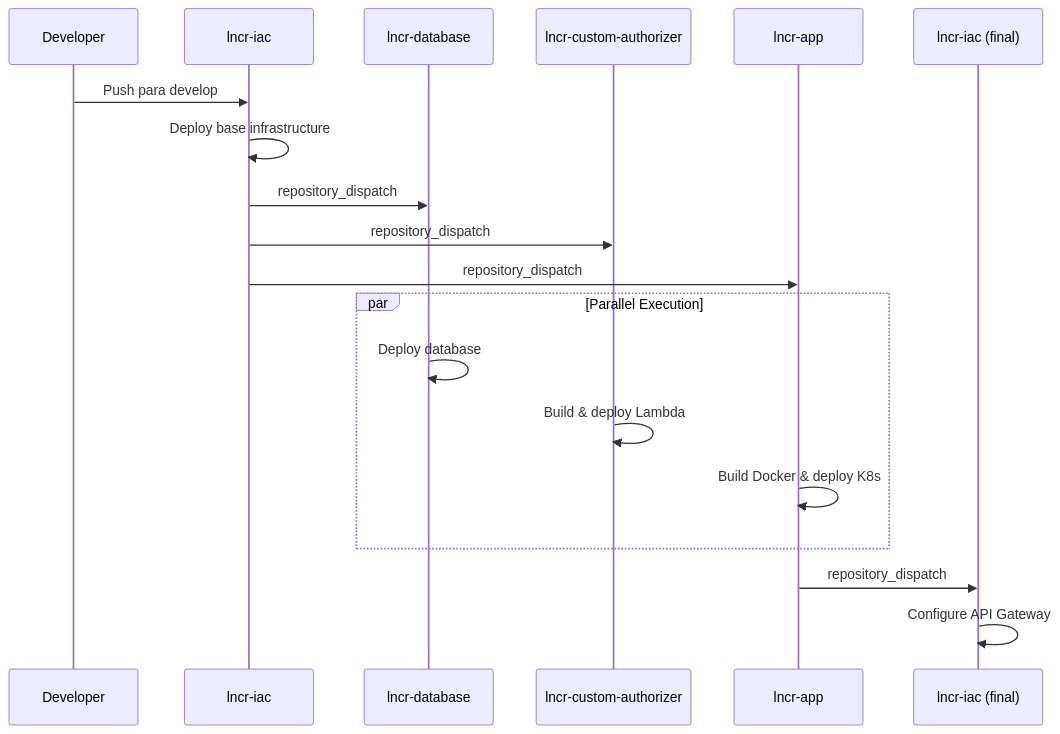
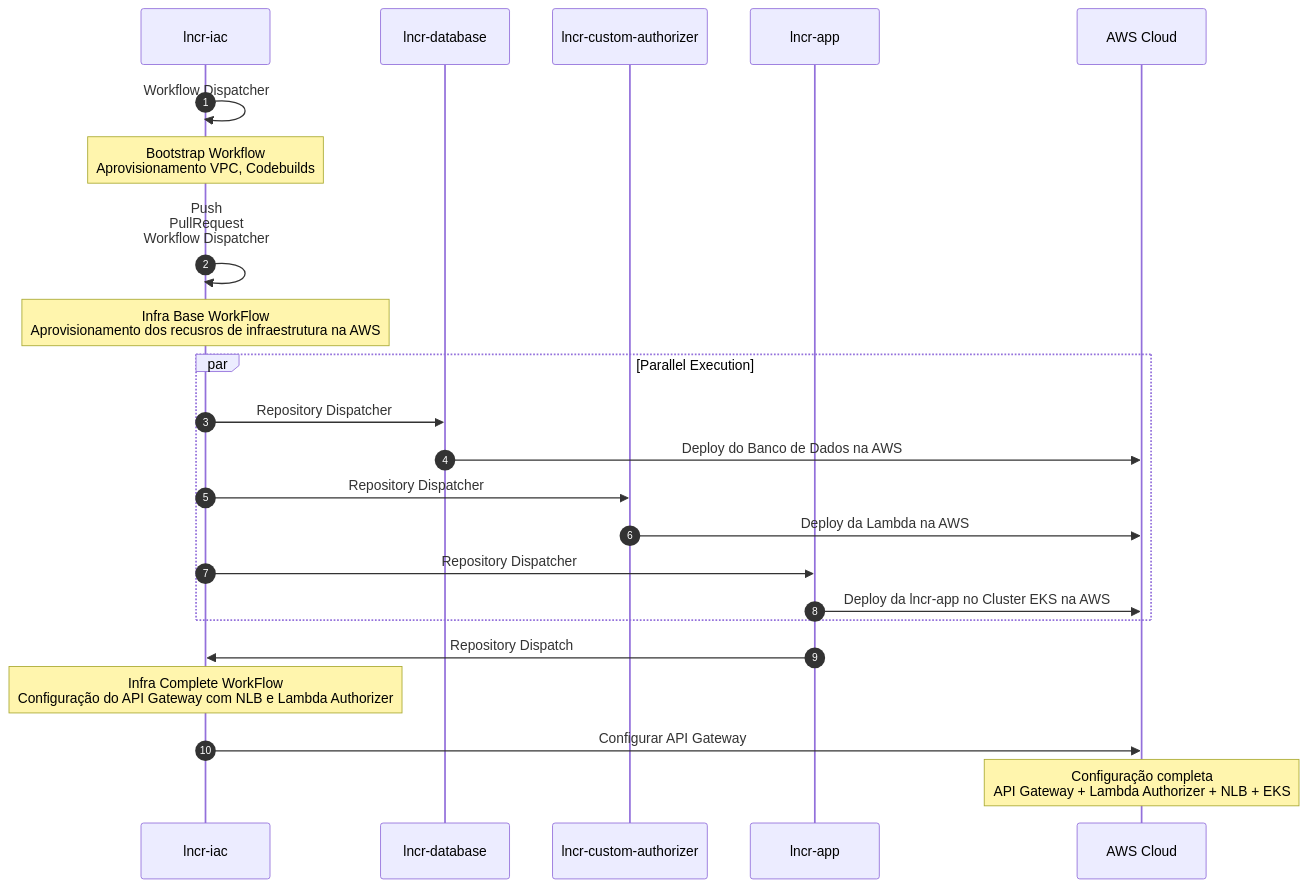
Before and after one commit to 11soat-f3-lanches-caieiras/.github: the diagram in profile/README.md, drawn with Mermaid.

Commit message:
Atualização do README.md

````diff
--- a/profile/README.md
+++ b/profile/README.md
@@ -189,24 +189,30 @@
 ```mermaid
 sequenceDiagram
-    participant Dev as Developer
-    participant IAC as lncr-iac
-    participant DB as lncr-database  
-    participant AUTH as lncr-custom-authorizer
-    participant APP as lncr-app
-    participant FINAL as lncr-iac (final)
+    participant lncr-iac as lncr-iac
+    participant DB as lncr-database
+    participant lncr-custom-authorizer
+    participant lncr-app
+    participant aws as AWS Cloud
+    
 
-    Dev->>IAC: Push para develop
-    IAC->>IAC: Deploy base infrastructure
-    IAC->>DB: repository_dispatch
-    IAC->>AUTH: repository_dispatch
-    IAC->>APP: repository_dispatch
+    autonumber
+    lncr-iac->>lncr-iac: Workflow Dispatcher
+    Note over lncr-iac: Bootstrap Workflow<br>Aprovisionamento VPC, Codebuilds
+
+    lncr-iac->>lncr-iac: Push<br>PullRequest<br>Workflow Dispatcher<br>
+    Note over lncr-iac: Infra Base WorkFlow<br>Aprovisionamento dos recusros de infraestrutura na AWS
+     
+    par Parallel Execution
+        lncr-iac->>DB: Repository Dispatcher
+        DB->>aws: Deploy do Banco de Dados na AWS
+        lncr-iac->>lncr-custom-authorizer:Repository Dispatcher
+        lncr-custom-authorizer->>aws: Deploy da Lambda na AWS
+        lncr-iac->>lncr-app:Repository Dispatcher
+        lncr-app->>aws: Deploy da lncr-app no Cluster EKS na AWS
+    end
+    lncr-app->>lncr-iac: Repository Dispatch
+    note over lncr-iac: Infra Complete WorkFlow<br>Configuração do API Gateway com NLB e Lambda Authorizer
+    lncr-iac->>aws: Configurar API Gateway
+    note over aws: Configuração completa<br>API Gateway + Lambda Authorizer + NLB + EKS
     
-    par Parallel Execution
-        DB->>DB: Deploy database
-        AUTH->>AUTH: Build & deploy Lambda
-        APP->>APP: Build Docker & deploy K8s
-    end
-    
-    APP->>FINAL: repository_dispatch
-    FINAL->>FINAL: Configure API Gateway
 ```
````
